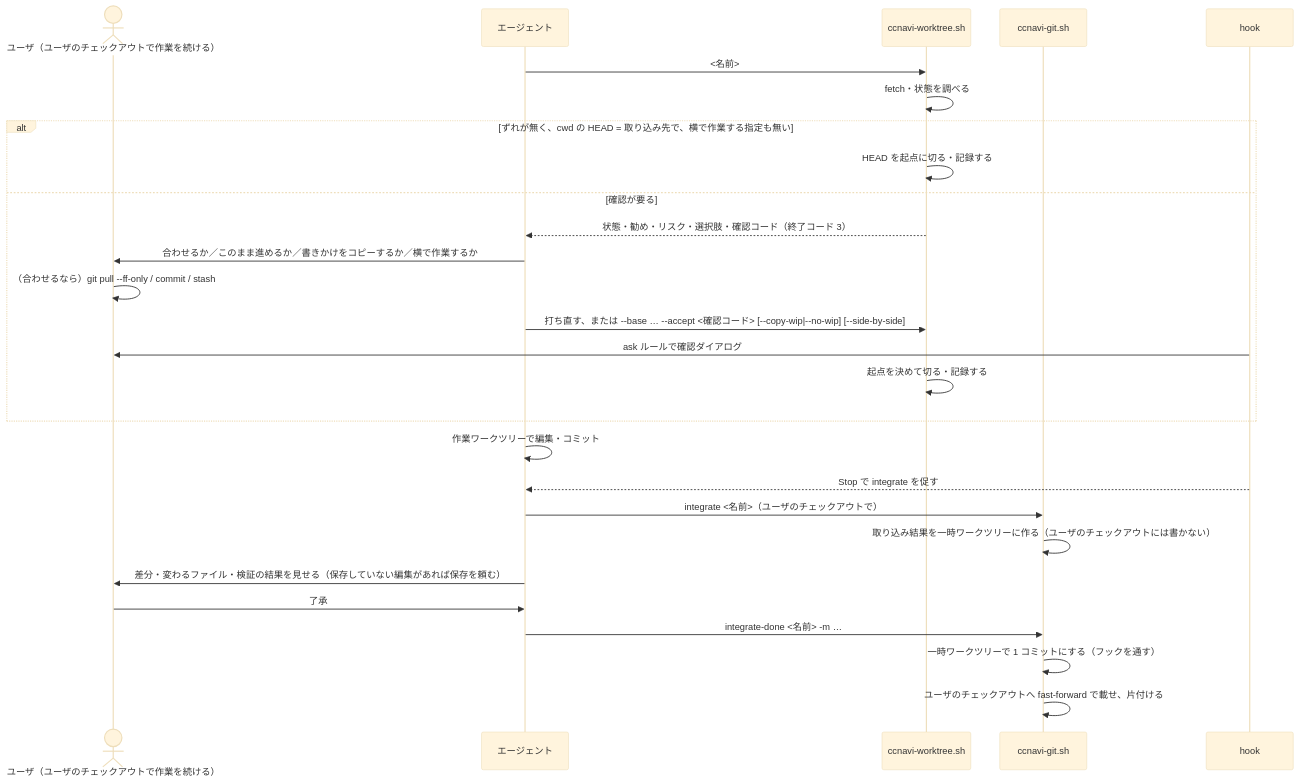
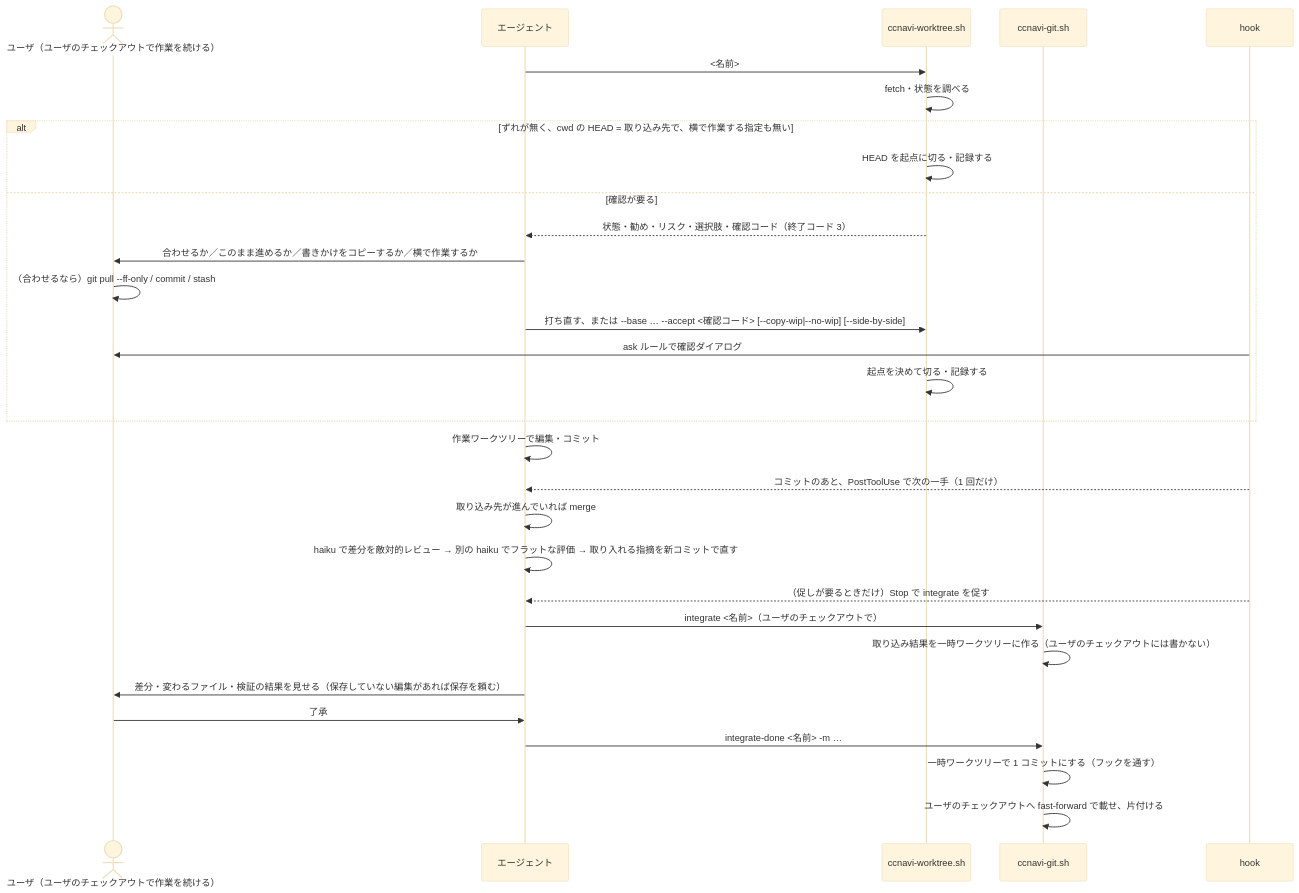
One commit to yuki-matsu783/ccnavi changed the diagram in .ccnavi/docs/direct-flow.md. Above: the diagram before and after it, drawn with Mermaid (base theme). The commit also changed other lines of this file and 328 other files, not shown here.

````diff
--- a/.ccnavi/docs/direct-flow.md
+++ b/.ccnavi/docs/direct-flow.md
@@ -43,29 +44,32 @@
 ```mermaid
 sequenceDiagram
   actor U as ユーザ（ユーザのチェックアウトで作業を続ける）
   participant A as エージェント
   participant W as ccnavi-worktree.sh
   participant G as ccnavi-git.sh
   participant H as hook
   A->>W: <名前>
   W->>W: fetch・状態を調べる
   alt ずれが無く、cwd の HEAD = 取り込み先で、横で作業する指定も無い
     W->>W: HEAD を起点に切る・記録する
   else 確認が要る
     W-->>A: 状態・勧め・リスク・選択肢・確認コード（終了コード 3）
     A->>U: 合わせるか／このまま進めるか／書きかけをコピーするか／横で作業するか
     U->>U: （合わせるなら）git pull --ff-only / commit / stash
     A->>W: 打ち直す、または --base … --accept <確認コード> [--copy-wip|--no-wip] [--side-by-side]
     H->>U: ask ルールで確認ダイアログ
     W->>W: 起点を決めて切る・記録する
   end
   A->>A: 作業ワークツリーで編集・コミット
-  H-->>A: Stop で integrate を促す
+  H-->>A: コミットのあと、PostToolUse で次の一手（1 回だけ）
+  A->>A: 取り込み先が進んでいれば merge
+  A->>A: haiku で差分を敵対的レビュー → 別の haiku でフラットな評価 → 取り入れる指摘を新コミットで直す
+  H-->>A: （促しが要るときだけ）Stop で integrate を促す
   A->>G: integrate <名前>（ユーザのチェックアウトで）
   G->>G: 取り込み結果を一時ワークツリーに作る（ユーザのチェックアウトには書かない）
   A->>U: 差分・変わるファイル・検証の結果を見せる（保存していない編集があれば保存を頼む）
   U->>A: 了承
   A->>G: integrate-done <名前> -m …
   G->>G: 一時ワークツリーで 1 コミットにする（フックを通す）
   G->>G: ユーザのチェックアウトへ fast-forward で載せ、片付ける
 ```
````
